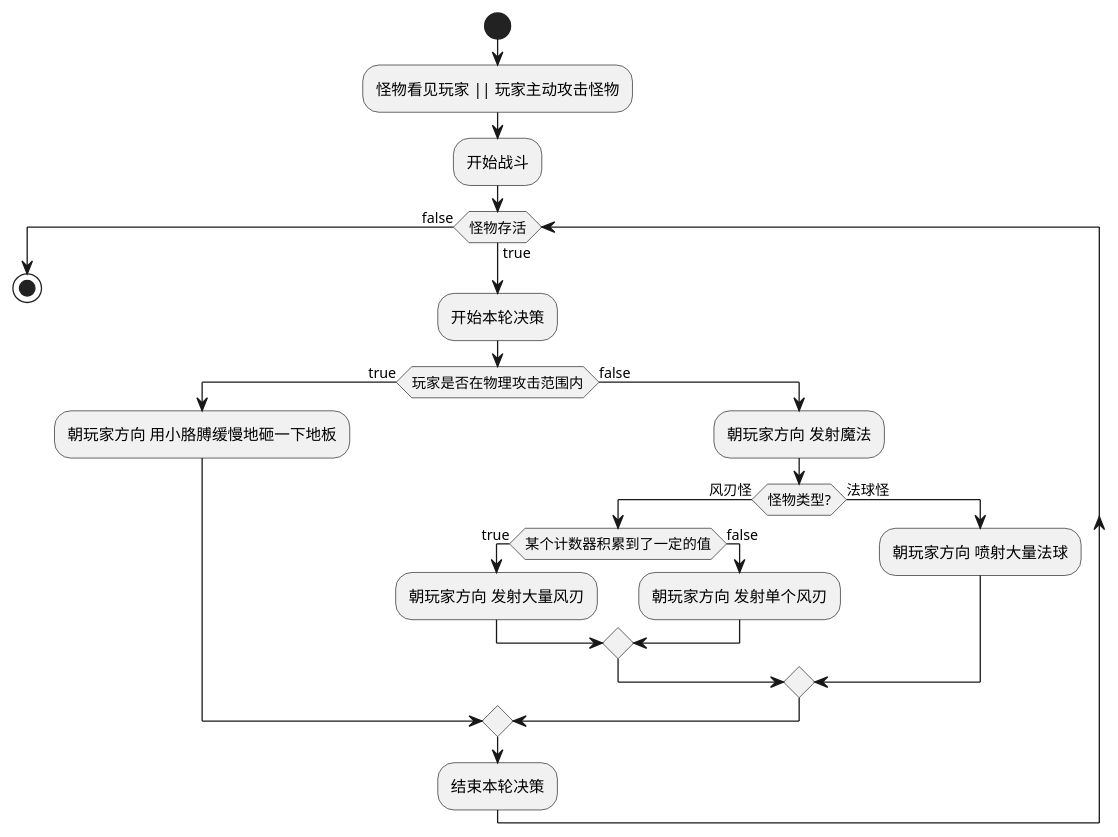
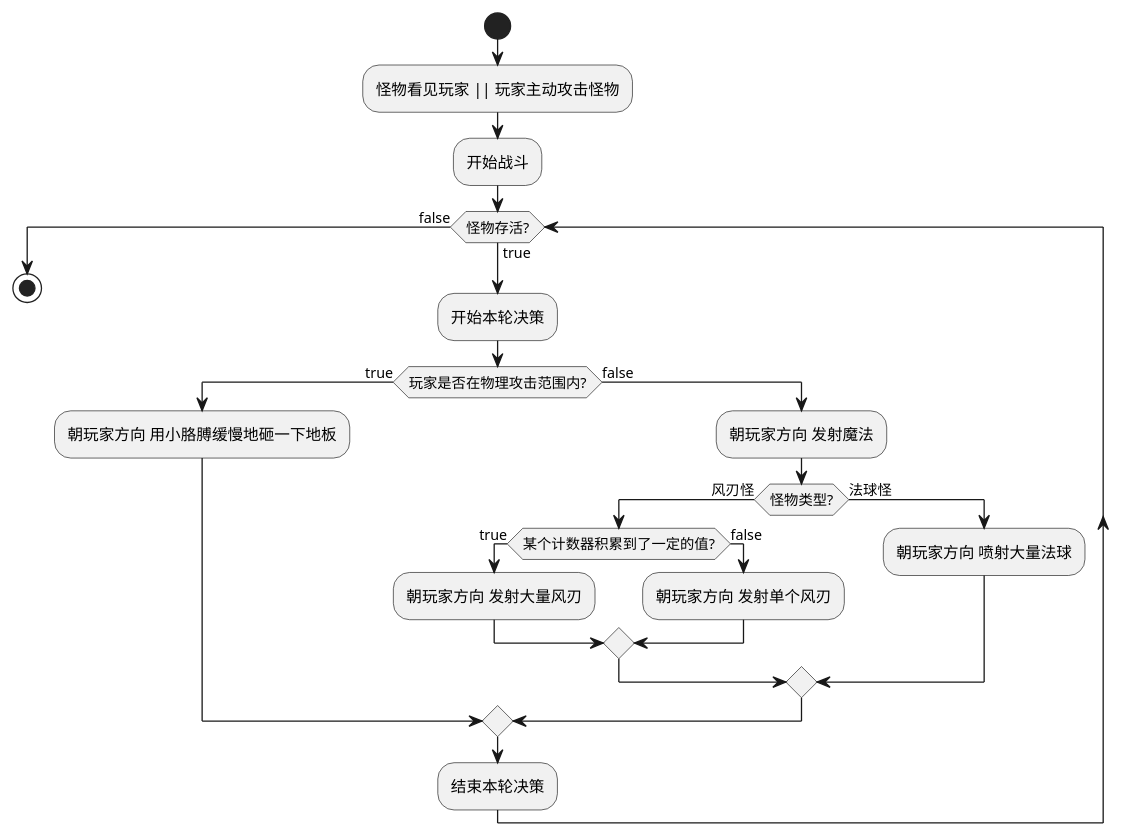
One commit to XenoAmess/XenoAmessBlog changed the diagram in _posts/20210504尼尔_伪装者测评.md. Above: the diagram before and after it, drawn with PlantUML.

```diff
--- a/_posts/20210504尼尔_伪装者测评.md
+++ b/_posts/20210504尼尔_伪装者测评.md
@@ -88,31 +88,31 @@
 {% plantuml %}
 @startuml
 'https://plantuml.com/activity-diagram-beta
 
 start
 
 :怪物看见玩家 || 玩家主动攻击怪物;
 :开始战斗;
-while (怪物存活) is (true)
+while (怪物存活?) is (true)
 :开始本轮决策;
-if (玩家是否在物理攻击范围内) then (true)
+if (玩家是否在物理攻击范围内?) then (true)
 :朝玩家方向 用小胳膊缓慢地砸一下地板;
 else (false)
 :朝玩家方向 发射魔法;
 if (怪物类型?) then (风刃怪)
-if (某个计数器积累到了一定的值) then (true)
+if (某个计数器积累到了一定的值?) then (true)
 :朝玩家方向 发射大量风刃;
 else (false)
 :朝玩家方向 发射单个风刃;
 endif
 else (法球怪)
 :朝玩家方向 喷射大量法球;
 endif
 endif
 :结束本轮决策;
 endwhile (false)
 stop
 
 @enduml
 
 {% endplantuml %}
```
